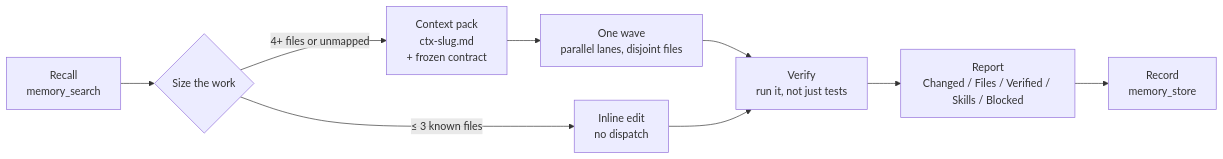
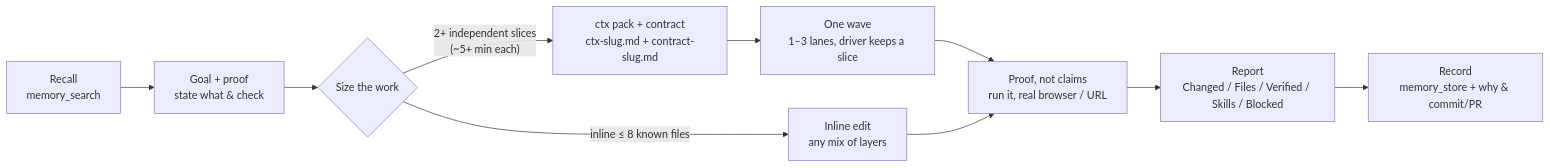
One commit to chadixearth/graphyloop changed the diagram in README.md. Above: the diagram before and after it, drawn with Mermaid. The commit also changed other lines of this file and 83 other files, not shown here.

````diff
--- a/README.md
+++ b/README.md
@@ -83,11 +109,12 @@
 ```mermaid
 flowchart LR
-  A[Recall<br/>memory_search] --> B{Size the work}
-  B -- "≤ 3 known files" --> I[Inline edit<br/>no dispatch]
-  B -- "4+ files or unmapped" --> C[Context pack<br/>ctx-slug.md<br/>+ frozen contract]
-  C --> D[One wave<br/>parallel lanes, disjoint files]
-  D --> E[Verify<br/>run it, not just tests]
+  A[Recall<br/>memory_search] --> G0[Goal + proof<br/>state what & check]
+  G0 --> B{Size the work}
+  B -- "inline ≤ 8 known files" --> I[Inline edit<br/>any mix of layers]
+  B -- "2+ independent slices<br/>(~5+ min each)" --> C[ctx pack + contract<br/>ctx-slug.md + contract-slug.md]
+  C --> D[One wave<br/>1–3 lanes, driver keeps a slice]
+  D --> E[Proof, not claims<br/>run it, real browser / URL]
   I --> E
   E --> F[Report<br/>Changed / Files / Verified / Skills / Blocked]
-  F --> G[Record<br/>memory_store]
+  F --> G[Record<br/>memory_store + why & commit/PR]
 ```
````
